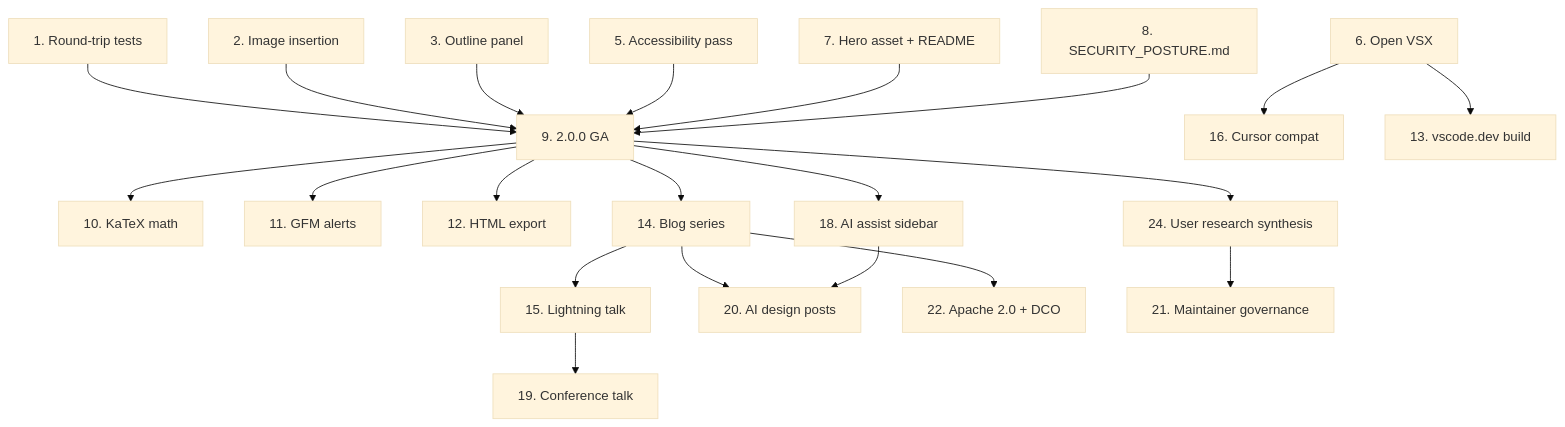
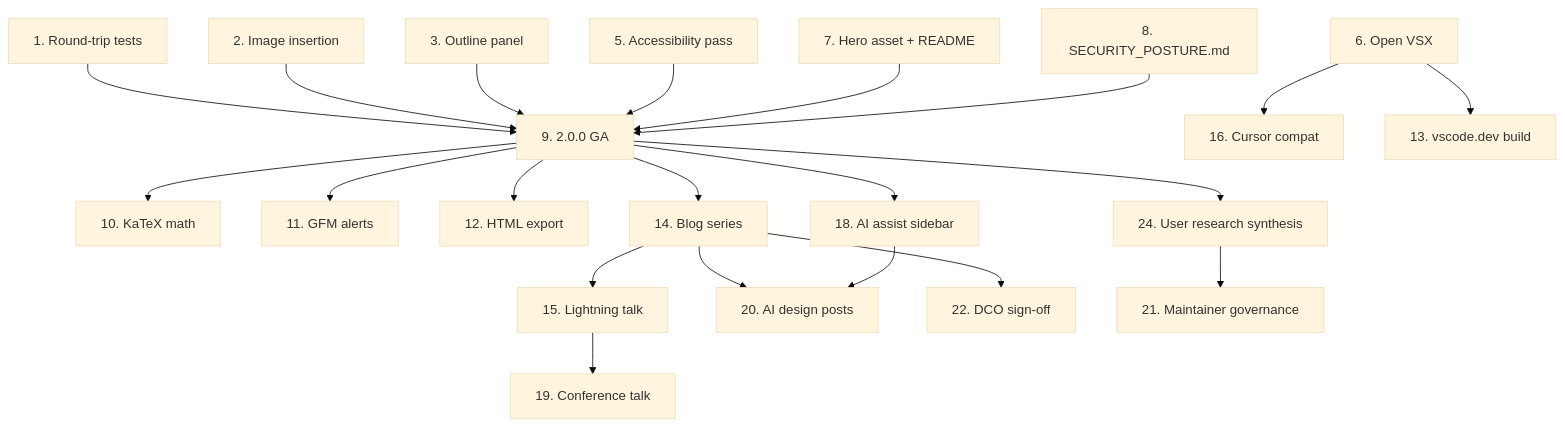
The diagram in docs/STRATEGIC_ROADMAP.md (bluecloud-dev/markdown-preview), drawn with Mermaid (base theme) before and after one commit. The commit also changed other lines of this file and 12 other files, not shown here.

First line of the commit message:
docs: sync roadmap docs with AGPL decision and 1.99.x versioning, seed ADR log (#293)

````diff
--- a/docs/STRATEGIC_ROADMAP.md
+++ b/docs/STRATEGIC_ROADMAP.md
@@ -104,25 +104,25 @@
 ```mermaid
 flowchart TD
     A[1. Round-trip tests] --> I[9. 2.0.0 GA]
     B[2. Image insertion] --> I
     C[3. Outline panel] --> I
     D[5. Accessibility pass] --> I
     E[7. Hero asset + README] --> I
     F[8. SECURITY_POSTURE.md] --> I
     G[6. Open VSX] --> M[16. Cursor compat]
     G --> N[13. vscode.dev build]
 
     I --> J[10. KaTeX math]
     I --> K[11. GFM alerts]
     I --> L[12. HTML export]
     I --> O[14. Blog series]
     O --> P[15. Lightning talk]
     O --> R[20. AI design posts]
     P --> Q[19. Conference talk]
 
     I --> S[18. AI assist sidebar]
     S --> R
-    O --> T[22. Apache 2.0 + DCO]
+    O --> T[22. DCO sign-off]
     I --> U[24. User research synthesis]
     U --> V[21. Maintainer governance]
 ```
````
